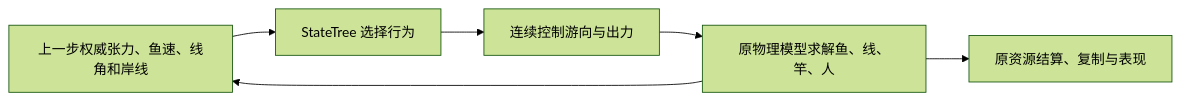
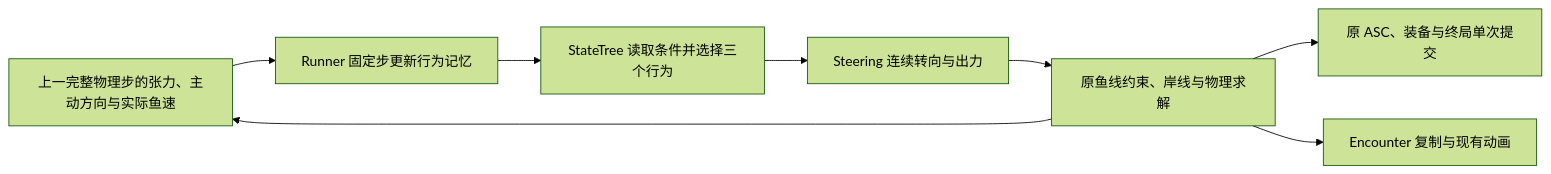
One commit to FrozenfishKiel/Catfishing changed the diagram in Docs/FishFightImplementationGuide_zh-CN.md. Above: the diagram before and after it, drawn with Mermaid (forest theme). The commit also changed other lines of this file and 52 other files, not shown here.

````diff
--- a/Docs/FishFightImplementationGuide_zh-CN.md
+++ b/Docs/FishFightImplementationGuide_zh-CN.md
@@ -32,8 +18,10 @@
 ```mermaid
 flowchart LR
-    A[上一步权威张力、鱼速、线角和岸线] --> B[StateTree 选择行为]
-    B --> C[连续控制游向与出力]
-    C --> D[原物理模型求解鱼、线、竿、人]
-    D --> A
-    D --> E[原资源结算、复制与表现]
+    A[上一完整物理步的张力、主动方向与实际鱼速] --> B[Runner 固定步更新行为记忆]
+    B --> C[StateTree 读取条件并选择三个行为]
+    C --> D[Steering 连续转向与出力]
+    D --> E[原鱼线约束、岸线与物理求解]
+    E --> A
+    E --> F[原 ASC、装备与终局单次提交]
+    E --> G[Encounter 复制与现有动画]
 ```
````
